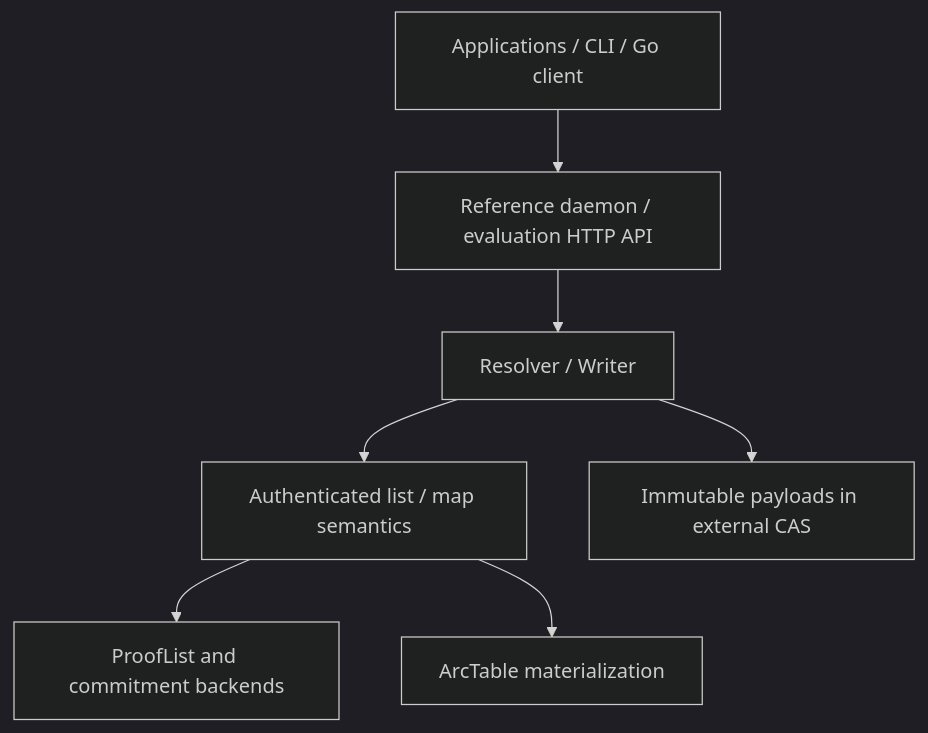
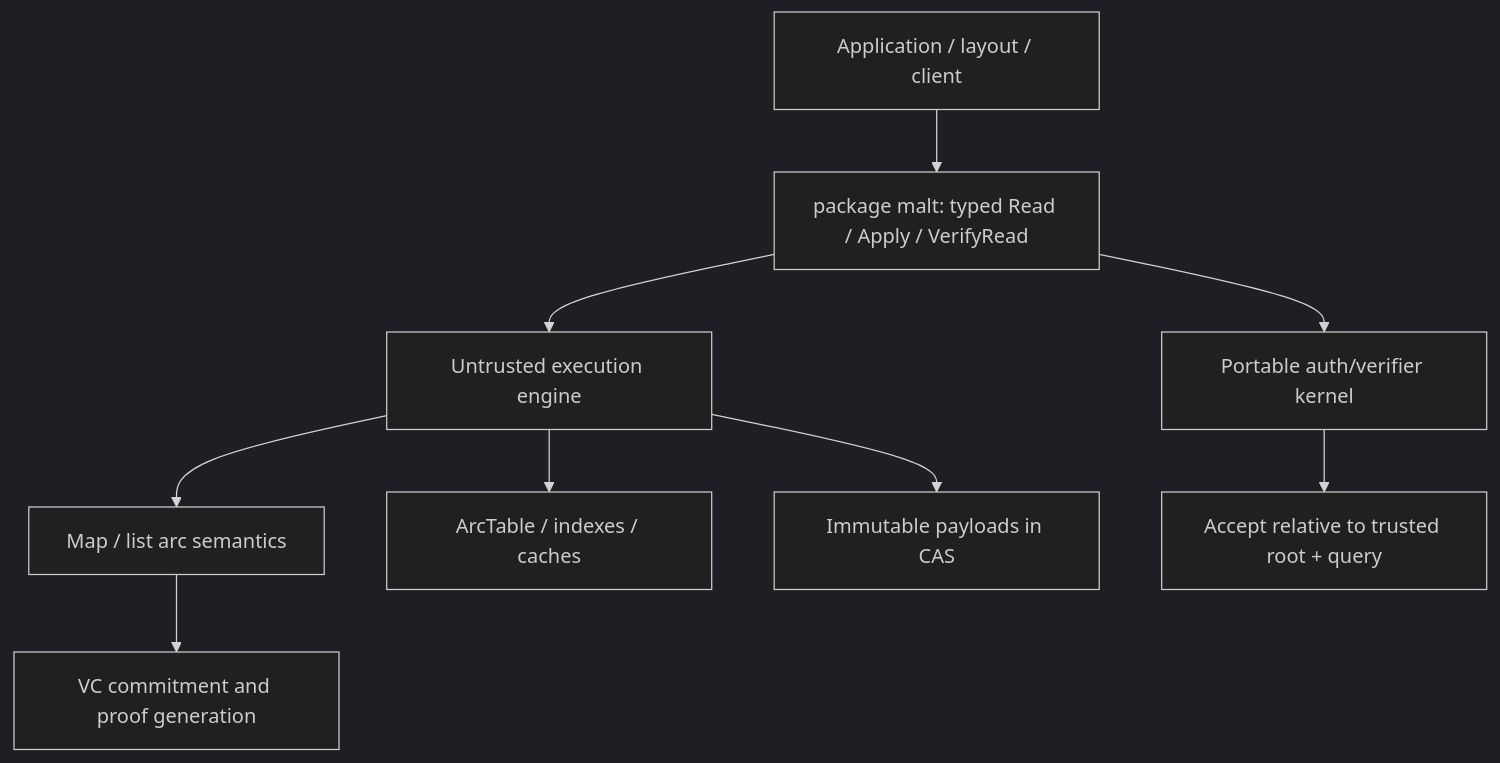
The diagram in README.md (DeWebProtocol/malt), drawn with Mermaid (dark theme) before and after one commit. The commit also changed other lines of this file and 60 other files, not shown here.

Commit message:
refactor: expose portable arc authentication core

````diff
--- a/README.md
+++ b/README.md
@@ -96,9 +97,11 @@
 ```mermaid
 flowchart TB
-  app["Applications / CLI / Go client"] --> api["Reference daemon / evaluation HTTP API"]
-  api --> rw["Resolver / Writer"]
-  rw --> semantics["Authenticated list / map semantics"]
-  semantics --> proofs["ProofList and commitment backends"]
-  semantics --> arctable["ArcTable materialization"]
-  rw --> cas["Immutable payloads in external CAS"]
+  app["Application / layout / client"] --> facade["package malt: typed Read / Apply / VerifyRead"]
+  facade --> engine["Untrusted execution engine"]
+  engine --> semantics["Map / list arc semantics"]
+  semantics --> vc["VC commitment and proof generation"]
+  engine --> arctable["ArcTable / indexes / caches"]
+  engine --> cas["Immutable payloads in CAS"]
+  facade --> verifier["Portable auth/verifier kernel"]
+  verifier --> decision["Accept relative to trusted root + query"]
 ```
````
